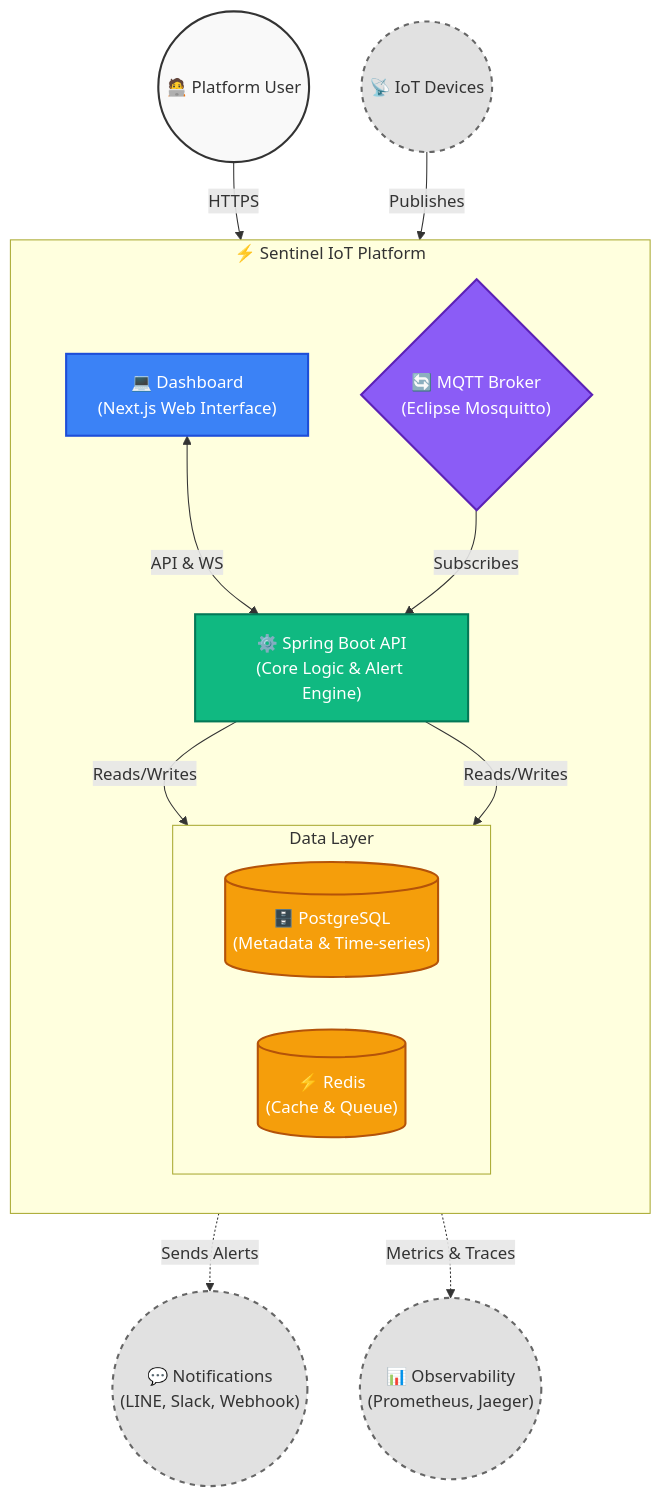
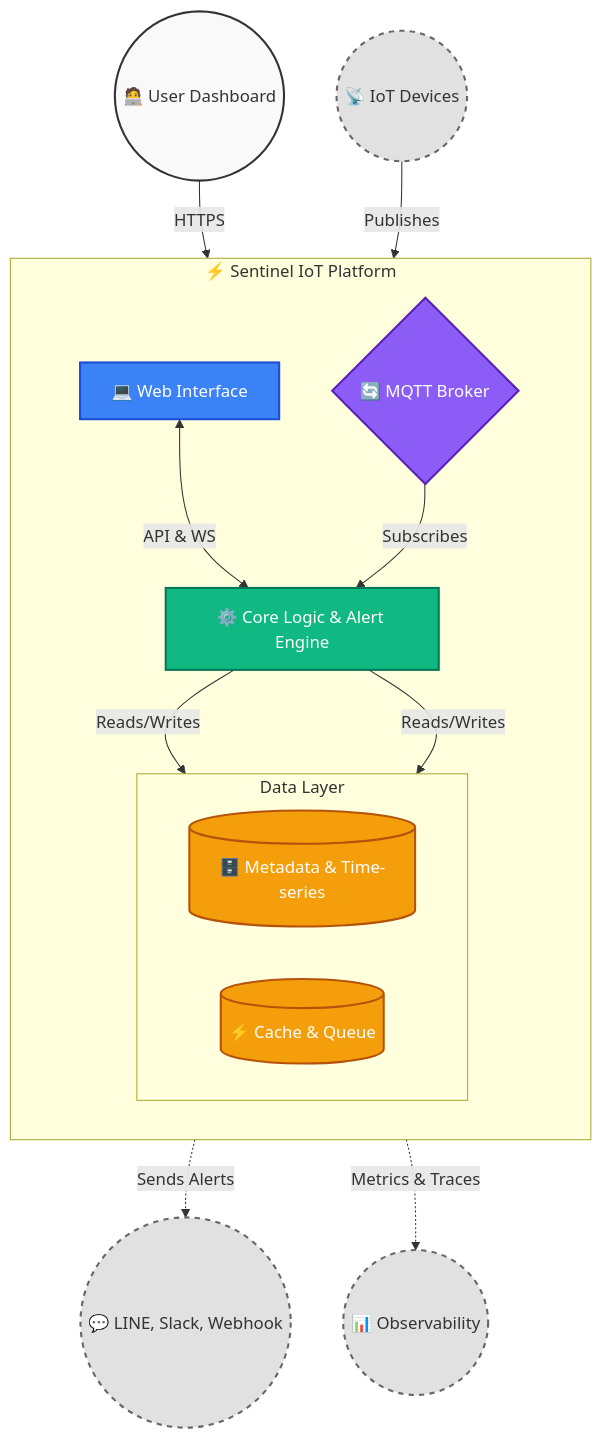
Before and after one commit to thitipongroo/sentinel-iot-platform: the first of 4 diagrams in README.md, drawn with Mermaid. The commit also changed other lines of this file, not shown here.

Commit message:
update: readme

````diff
--- a/README.md
+++ b/README.md
@@ -18,43 +18,43 @@
 ```mermaid
 flowchart TB
     %% Custom Styles
     classDef user fill:#f9f9f9,stroke:#333,stroke-width:2px,color:#333
     classDef external fill:#e1e1e1,stroke:#666,stroke-width:2px,stroke-dasharray: 5 5,color:#333
     classDef frontend fill:#3b82f6,stroke:#1d4ed8,stroke-width:2px,color:#fff
     classDef backend fill:#10b981,stroke:#047857,stroke-width:2px,color:#fff
     classDef db fill:#f59e0b,stroke:#b45309,stroke-width:2px,color:#fff
     classDef broker fill:#8b5cf6,stroke:#5b21b6,stroke-width:2px,color:#fff
 
-    User(("🧑‍💻 Platform User")):::user
+    User(("🧑‍💻 User Dashboard")):::user
     Devices(("📡 IoT Devices")):::external
 
     subgraph Platform ["⚡ Sentinel IoT Platform"]
         direction TB
         
-        UI["💻 Dashboard<br/>(Next.js Web Interface)"]:::frontend
-        Broker{"🔄 MQTT Broker<br/>(Eclipse Mosquitto)"}:::broker
-        API["⚙️ Spring Boot API<br/>(Core Logic & Alert Engine)"]:::backend
+        UI["💻 Web Interface"]:::frontend
+        Broker{"🔄 MQTT Broker"}:::broker
+        API["⚙️ Core Logic & Alert Engine"]:::backend
         
         subgraph DataLayer ["Data Layer"]
             direction LR
-            DB[("🗄️ PostgreSQL<br/>(Metadata & Time-series)")]:::db
-            Redis[("⚡ Redis<br/>(Cache & Queue)")]:::db
+            DB[("🗄️ Metadata & Time-series")]:::db
+            Redis[("⚡ Cache & Queue")]:::db
         end
     end
 
-    Notify(("💬 Notifications<br/>(LINE, Slack, Webhook)")):::external
-    Observe(("📊 Observability<br/>(Prometheus, Jaeger)")):::external
+    Notify(("💬 LINE, Slack, Webhook")):::external
+    Observe(("📊 Observability")):::external
 
     %% Relationships
     User -- "HTTPS" --> UI
     Devices -- "Publishes" --> Broker
     
     UI <--"API & WS"--> API
     Broker --"Subscribes"--> API
     
     API --"Reads/Writes"--> DB
     API --"Reads/Writes"--> Redis
     
     API -."Sends Alerts".-> Notify
     API -."Metrics & Traces".-> Observe
 ```
````
